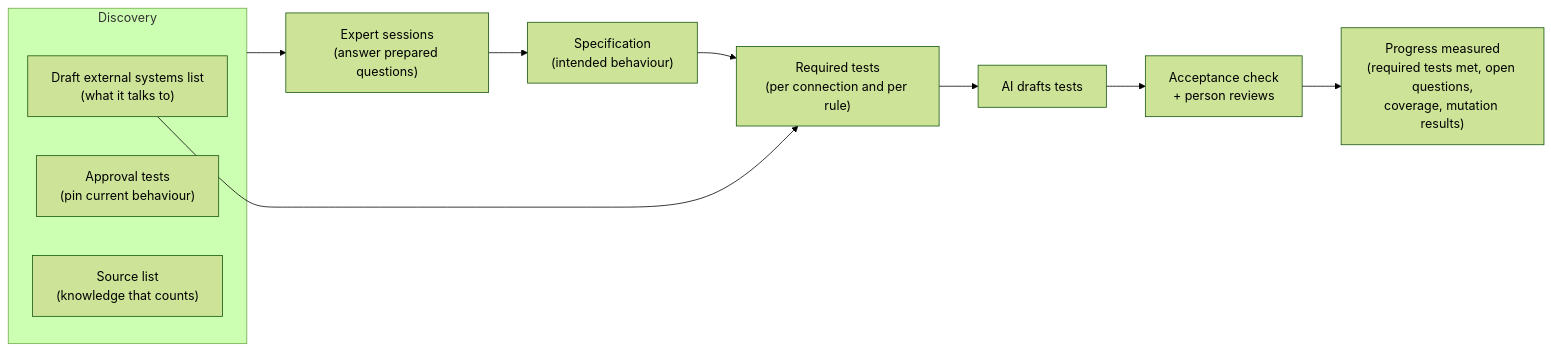
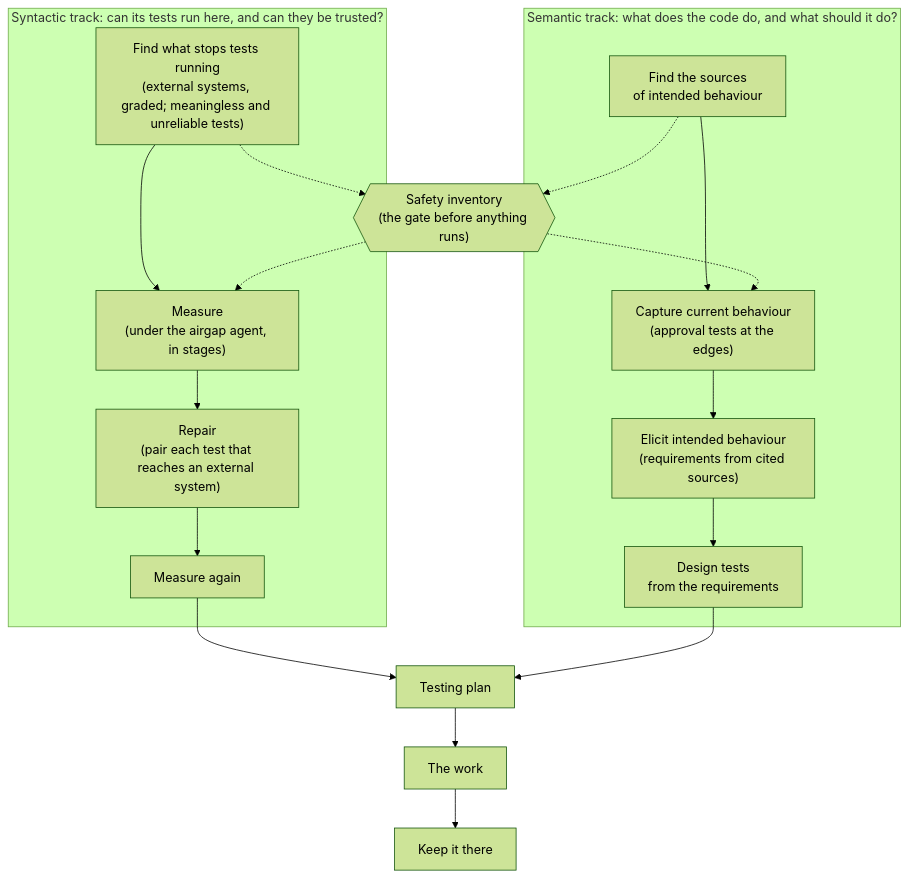
The first of 4 diagrams in docs/design/repo-journey.md (fiftiesHousewife/under-test), drawn with Mermaid (forest theme) before and after one commit. The commit also changed other lines of this file and 181 other files, not shown here.

````diff
--- a/docs/design/repo-journey.md
+++ b/docs/design/repo-journey.md
@@ -9,15 +12,19 @@
 ```mermaid
-flowchart LR
-    subgraph D["Discovery"]
-        C["Draft external systems list<br/>(what it talks to)"]
-        A["Approval tests<br/>(pin current behaviour)"]
-        S["Source list<br/>(knowledge that counts)"]
+flowchart TB
+    subgraph SY["Syntactic track: can its tests run here, and can they be trusted?"]
+        S1["Find what stops tests running<br/>(external systems, graded; meaningless and unreliable tests)"] --> S2["Measure<br/>(under the airgap agent, in stages)"]
+        S2 --> S3["Repair<br/>(pair each test that reaches an external system)"] --> S4["Measure again"]
     end
-    D --> Q["Expert sessions<br/>(answer prepared questions)"]
-    Q --> SP["Specification<br/>(intended behaviour)"]
-    SP --> R["Required tests<br/>(per connection and per rule)"]
-    C --> R
-    R --> AI["AI drafts tests"]
-    AI --> G["Acceptance check<br/>+ person reviews"]
-    G --> M["Progress measured<br/>(required tests met, open questions,<br/>coverage, mutation results)"]
+    subgraph SE["Semantic track: what does the code do, and what should it do?"]
+        E1["Find the sources<br/>of intended behaviour"] --> E2["Capture current behaviour<br/>(approval tests at the edges)"]
+        E2 --> E3["Elicit intended behaviour<br/>(requirements from cited sources)"] --> E4["Design tests<br/>from the requirements"]
+    end
+    G{{"Safety inventory<br/>(the gate before anything runs)"}}
+    S1 -.-> G
+    E1 -.-> G
+    G -.-> S2
+    G -.-> E2
+    S4 --> P["Testing plan"]
+    E4 --> P
+    P --> W["The work"] --> K["Keep it there"]
 ```
````
